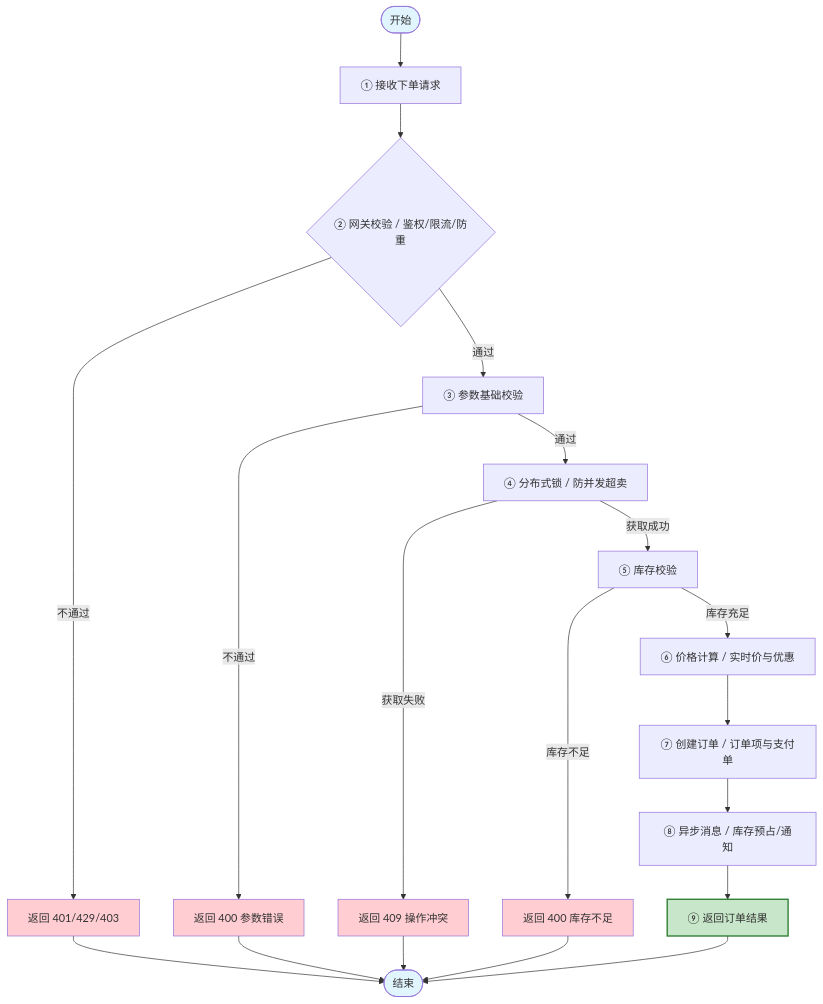
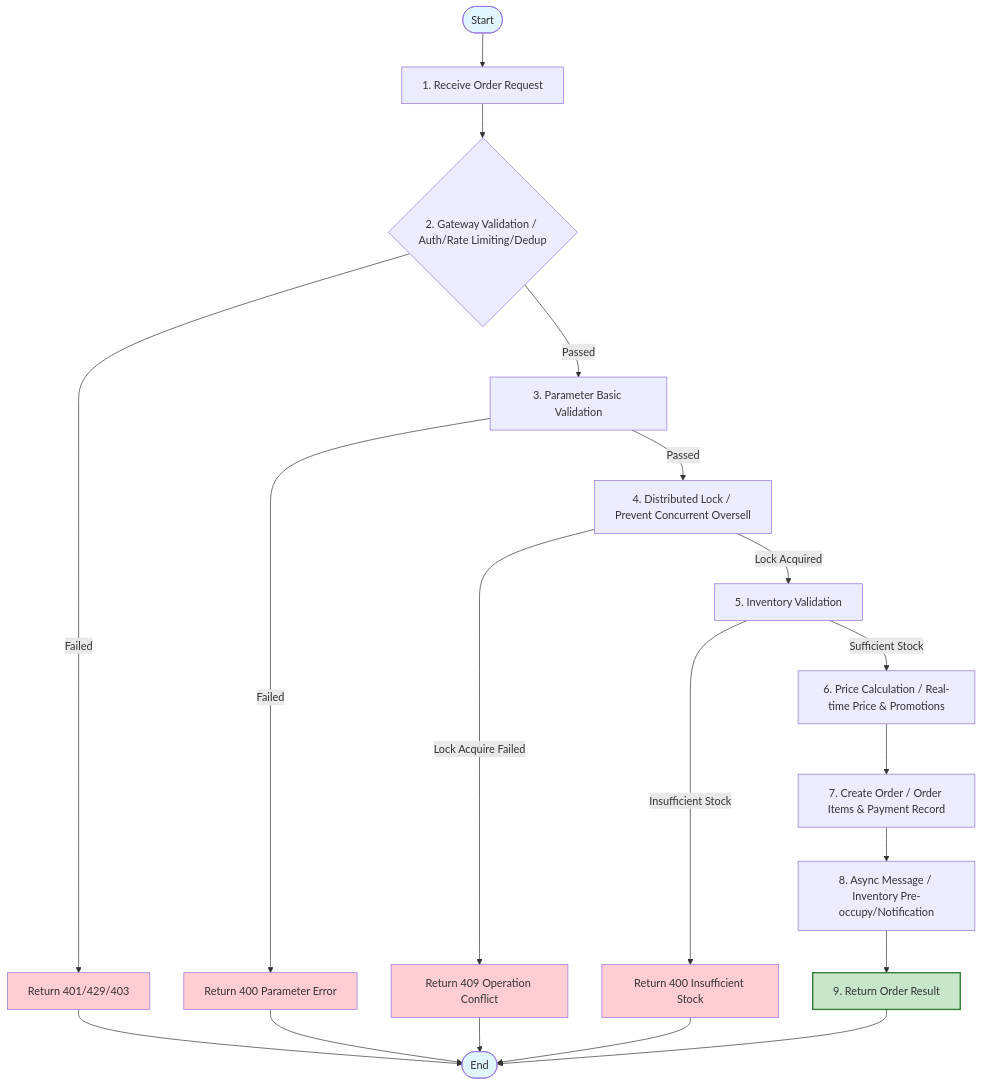
Before and after one commit to Kirky-X/cangjie: the sixth of 11 diagrams in templates/产品/产品层/【模板】功能需求文档.md, drawn with Mermaid. The commit also changed other lines of this file and 46 other files, not shown here.

````diff
--- a/templates/产品/产品层/【模板】功能需求文档.md
+++ b/templates/产品/产品层/【模板】功能需求文档.md
@@ -240,30 +240,30 @@
 ```mermaid
 flowchart TD
-    Start([开始]) --> A[① 接收下单请求]
-    A --> B{② 网关校验 / 鉴权/限流/防重}
-    B -->|不通过| C[返回 401/429/403]
-    B -->|通过| D[③ 参数基础校验]
-    D -->|不通过| E[返回 400 参数错误]
-    D -->|通过| F[④ 分布式锁 / 防并发超卖]
-    F -->|获取失败| G[返回 409 操作冲突]
-    F -->|获取成功| H[⑤ 库存校验]
-    H -->|库存不足| I[返回 400 库存不足]
-    H -->|库存充足| J[⑥ 价格计算 / 实时价与优惠]
-    J --> K[⑦ 创建订单 / 订单项与支付单]
-    K --> L[⑧ 异步消息 / 库存预占/通知]
-    L --> M[⑨ 返回订单结果]
-    M --> End([结束])
+    Start([Start]) --> A[1. Receive Order Request]
+    A --> B{2. Gateway Validation / Auth/Rate Limiting/Dedup}
+    B -->|Failed| C[Return 401/429/403]
+    B -->|Passed| D[3. Parameter Basic Validation]
+    D -->|Failed| E[Return 400 Parameter Error]
+    D -->|Passed| F[4. Distributed Lock / Prevent Concurrent Oversell]
+    F -->|Lock Acquire Failed| G[Return 409 Operation Conflict]
+    F -->|Lock Acquired| H[5. Inventory Validation]
+    H -->|Insufficient Stock| I[Return 400 Insufficient Stock]
+    H -->|Sufficient Stock| J[6. Price Calculation / Real-time Price & Promotions]
+    J --> K[7. Create Order / Order Items & Payment Record]
+    K --> L[8. Async Message / Inventory Pre-occupy/Notification]
+    L --> M[9. Return Order Result]
+    M --> End([End])
 
     C --> End
     E --> End
     G --> End
     I --> End
 
     style Start fill:#e1f5fe
     style End fill:#e1f5fe
     style M fill:#c8e6c9,stroke:#2e7d32,stroke-width:2px
     style C fill:#ffcdd2
     style E fill:#ffcdd2
     style G fill:#ffcdd2
     style I fill:#ffcdd2
 ```
````
